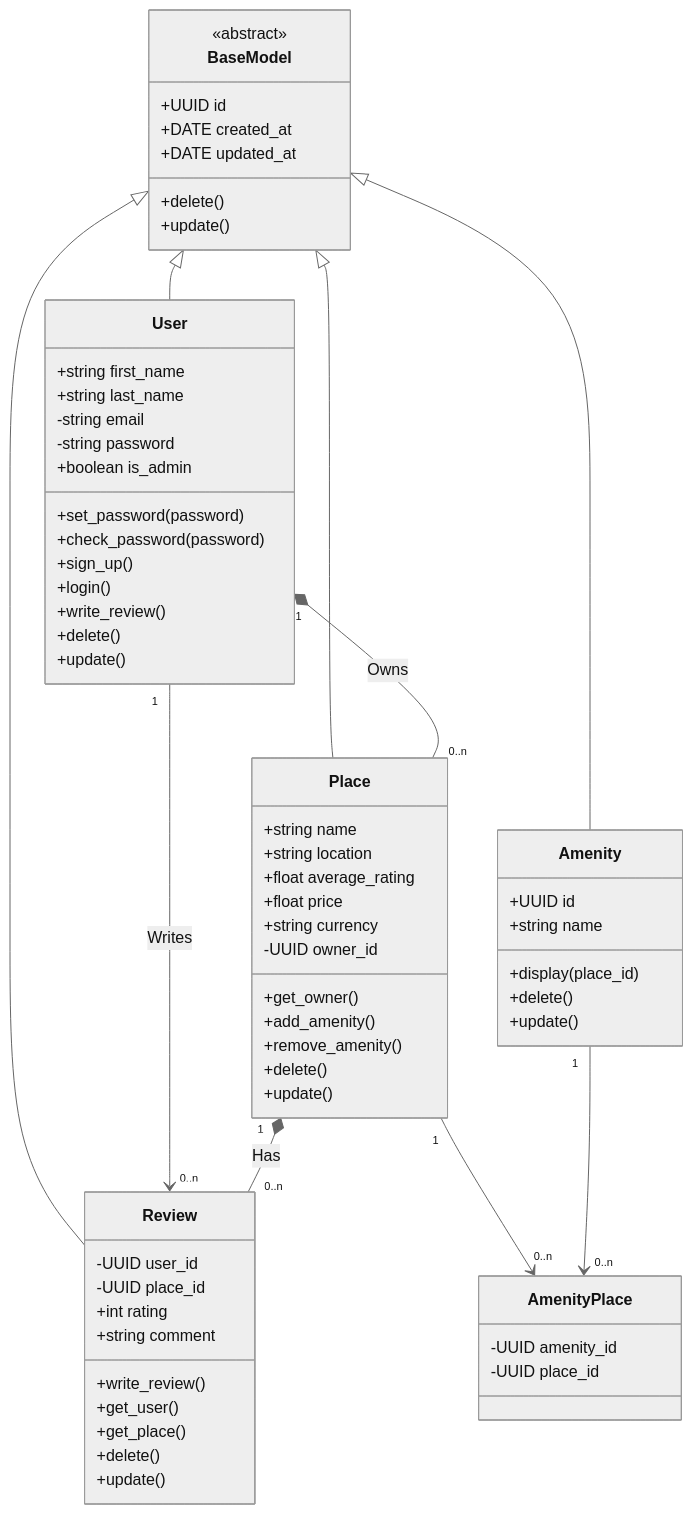
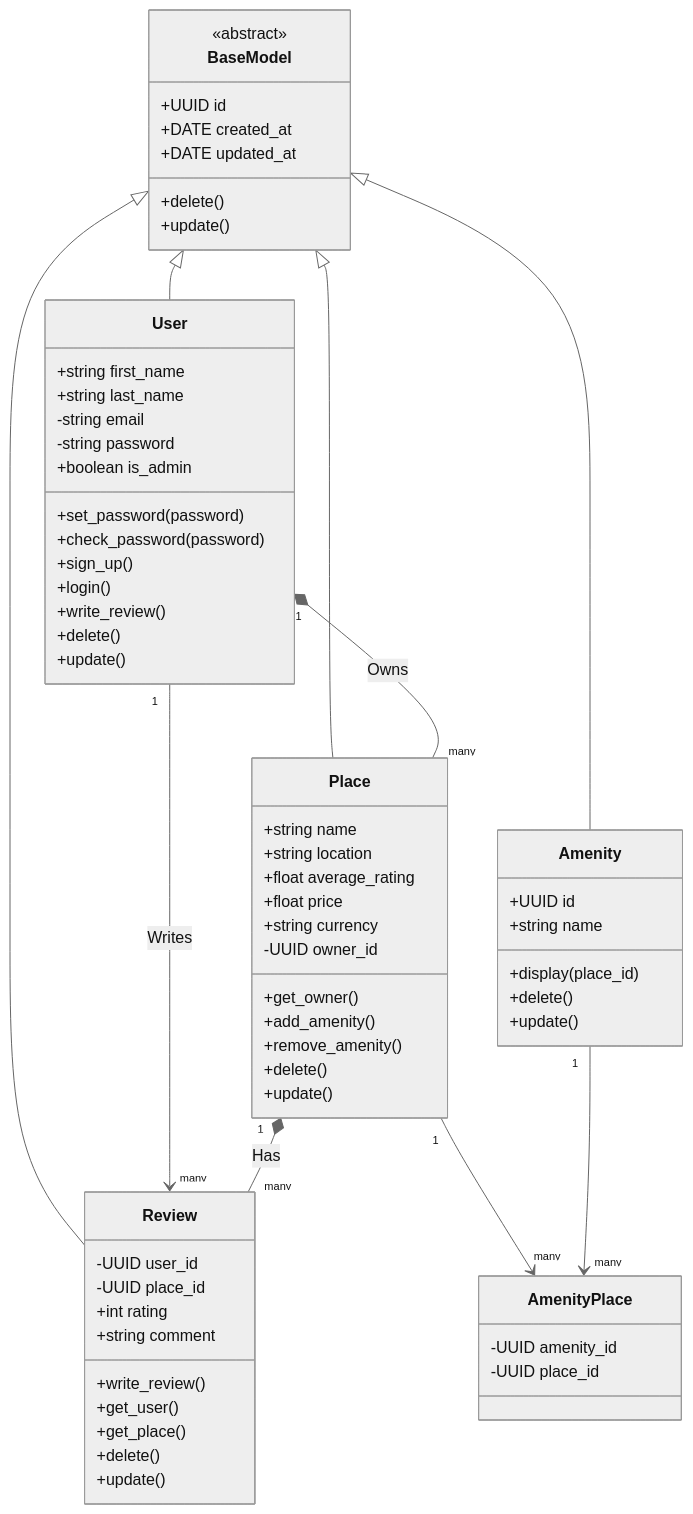
One commit to Noons-ledev/holbertonschool-hbnb changed the diagram in hbnb-UML/Business_logic_layer.md. Above: the diagram before and after it, drawn with Mermaid (neutral theme).

Commit message:
Adding relations to the classDiagram

````diff
--- a/hbnb-UML/Business_logic_layer.md
+++ b/hbnb-UML/Business_logic_layer.md
@@ -2,76 +2,76 @@
  ```mermaid
 classDiagram
   class BaseModel {
     <<abstract>>
     +UUID id
     +DATE created_at
     +DATE updated_at
     +delete()
     +update()
   }
 
   class User {
     +string first_name
     +string last_name
     -string email
     -string password
     +boolean is_admin
     +set_password(password)
     +check_password(password)
     +sign_up()
     +login()
     +write_review()
     +delete()
     +update()
   }
 
   class Place {
     +string name
     +string location
     +float average_rating
     +float price
     +string currency
     -UUID owner_id
     +get_owner()
     +add_amenity()
     +remove_amenity()
     +delete()
     +update()
   }
 
   class Review {
     -UUID user_id
     -UUID place_id
     +int rating
     +string comment
     +write_review()
     +get_user()
     +get_place()
     +delete()
     +update()
   }
 
   class Amenity {
     +UUID id
     +string name
     +display(place_id)
     +delete()
     +update()
   }
 
   class AmenityPlace {
     -UUID amenity_id
     -UUID place_id
   }
 
 BaseModel <|-- User
 BaseModel <|-- Place
 BaseModel <|-- Amenity
 BaseModel <|-- Review
 
-Place "1" --> "0..n" AmenityPlace
-Amenity "1" --> "0..n" AmenityPlace
-User "1" --> "0..n" Review : Writes
-User "1" *-- "0..n" Place : Owns
-Place "1" *-- "0..n" Review : Has
+Place "1" --> "many" AmenityPlace
+Amenity "1" --> "many" AmenityPlace
+User "1" --> "many" Review : Writes
+User "1" *-- "many" Place : Owns
+Place "1" *-- "many" Review : Has
 ```
````
